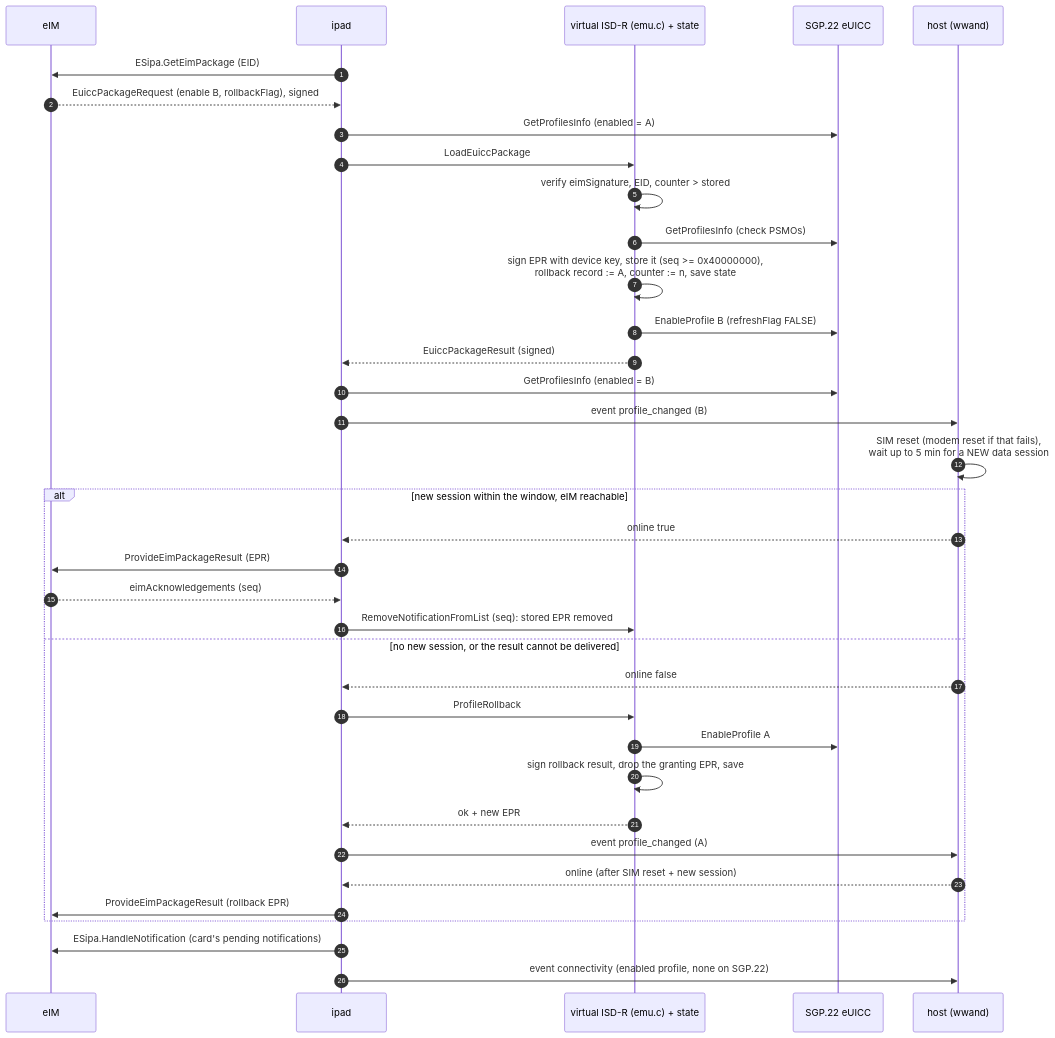
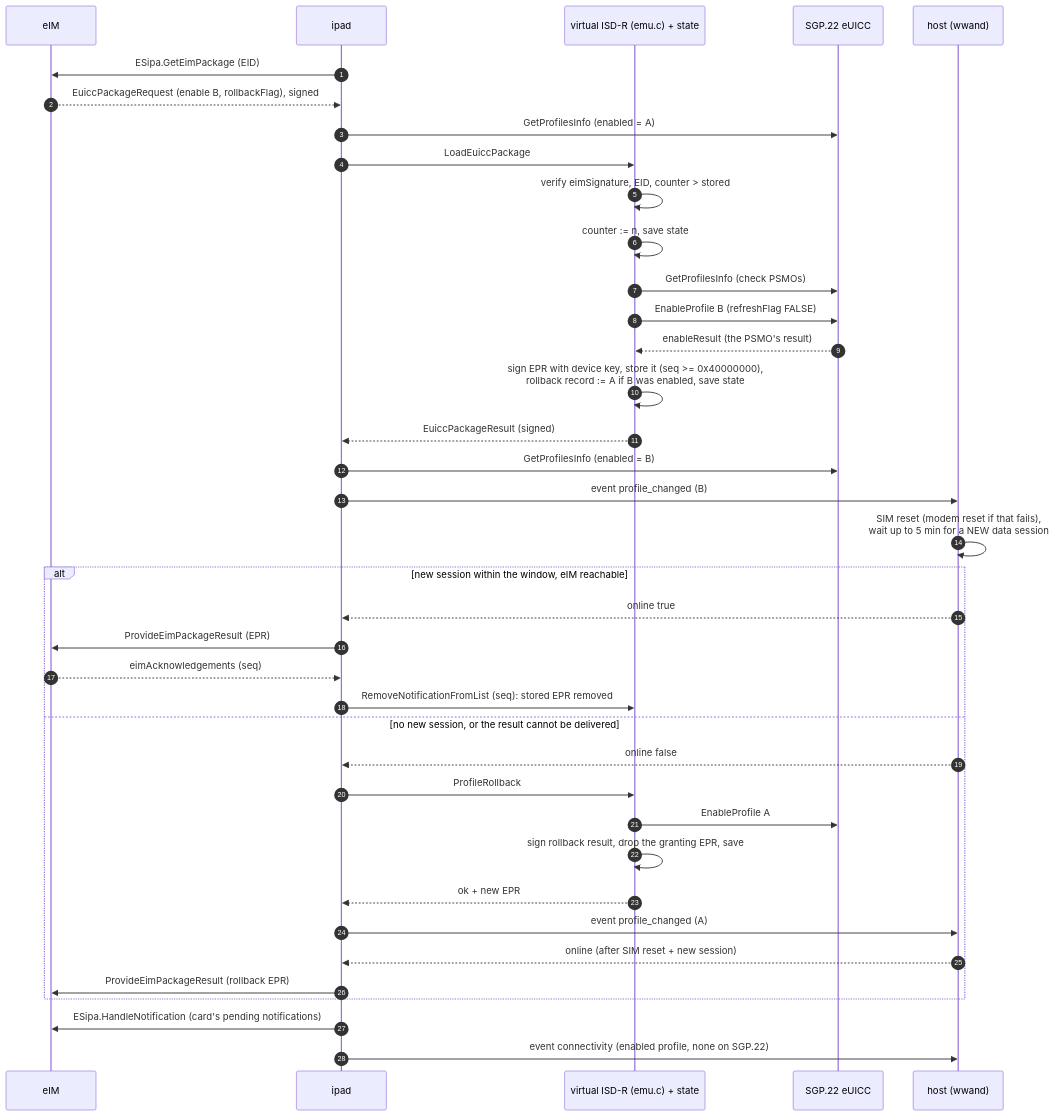
Before and after one commit to ddimension/ipad: the third of 5 diagrams in docs/sgp22-emulation.md, drawn with Mermaid. The commit also changed other lines of this file and 16 other files, not shown here.

````diff
--- a/docs/sgp22-emulation.md
+++ b/docs/sgp22-emulation.md
@@ -406,38 +454,40 @@
 ```mermaid
 sequenceDiagram
     autonumber
     participant E as eIM
     participant I as ipad
     participant V as virtual ISD-R (emu.c) + state
     participant U as SGP.22 eUICC
     participant H as host (wwand)
     I->>E: ESipa.GetEimPackage (EID)
     E-->>I: EuiccPackageRequest (enable B, rollbackFlag), signed
     I->>U: GetProfilesInfo (enabled = A)
     I->>V: LoadEuiccPackage
     V->>V: verify eimSignature, EID, counter > stored
+    V->>V: counter := n, save state
     V->>U: GetProfilesInfo (check PSMOs)
-    V->>V: sign EPR with device key, store it (seq >= 0x40000000),<br/>rollback record := A, counter := n, save state
     V->>U: EnableProfile B (refreshFlag FALSE)
+    U-->>V: enableResult (the PSMO's result)
+    V->>V: sign EPR with device key, store it (seq >= 0x40000000),<br/>rollback record := A if B was enabled, save state
     V-->>I: EuiccPackageResult (signed)
     I->>U: GetProfilesInfo (enabled = B)
     I->>H: event profile_changed (B)
     H->>H: SIM reset (modem reset if that fails),<br/>wait up to 5 min for a NEW data session
     alt new session within the window, eIM reachable
         H-->>I: online true
         I->>E: ProvideEimPackageResult (EPR)
         E-->>I: eimAcknowledgements (seq)
         I->>V: RemoveNotificationFromList (seq): stored EPR removed
     else no new session, or the result cannot be delivered
         H-->>I: online false
         I->>V: ProfileRollback
         V->>U: EnableProfile A
         V->>V: sign rollback result, drop the granting EPR, save
         V-->>I: ok + new EPR
         I->>H: event profile_changed (A)
         H-->>I: online (after SIM reset + new session)
         I->>E: ProvideEimPackageResult (rollback EPR)
     end
     I->>E: ESipa.HandleNotification (card's pending notifications)
     I->>H: event connectivity (enabled profile, none on SGP.22)
 ```
````
